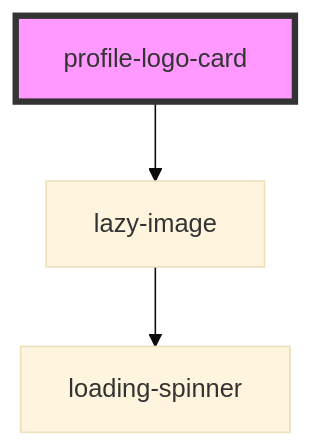
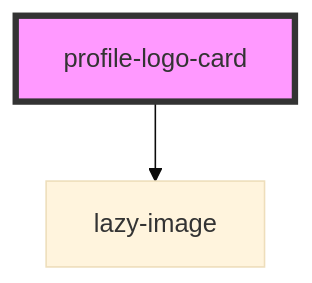
One commit to dev-kylo/component_library changed the diagram in src/components/cards/profile-logo-card/readme.md. Above: the diagram before and after it, drawn with Mermaid (base theme). The commit also changed other lines of this file and 27 other files, not shown here.

````diff
--- a/src/components/cards/profile-logo-card/readme.md
+++ b/src/components/cards/profile-logo-card/readme.md
@@ -26,6 +27,5 @@
 ```mermaid
 graph TD;
   profile-logo-card --> lazy-image
-  lazy-image --> loading-spinner
   style profile-logo-card fill:#f9f,stroke:#333,stroke-width:4px
 ```
````
